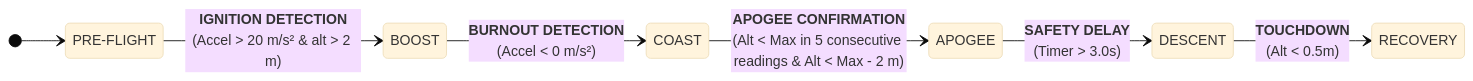
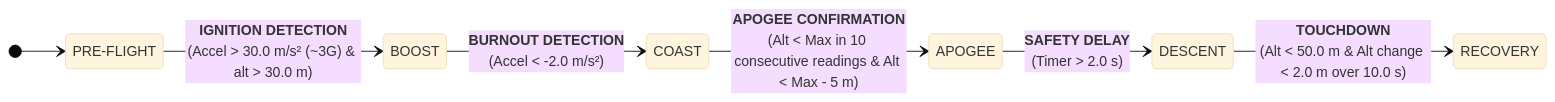
The diagram in docs/technical/Flight_Phases_and_Transition_Conditions.md (Volta-Rocketry/ELS-02), drawn with Mermaid (base theme) before and after one commit. The commit also changed other lines of this file, not shown here.

````diff
--- a/docs/technical/Flight_Phases_and_Transition_Conditions.md
+++ b/docs/technical/Flight_Phases_and_Transition_Conditions.md
@@ -51,23 +55,23 @@
 ```mermaid
     stateDiagram-v2
     direction LR
 
     state "PRE-FLIGHT" as S1
     state "BOOST" as S2
     state "COAST" as S3
     state "APOGEE" as S4
     state "DESCENT" as S5
     state "RECOVERY" as S6
 
     [*] --> S1
     
-    S1 --> S2: <strong>IGNITION DETECTION</strong><br/>(Accel > 20 m/s² & alt > 2 m)
+    S1 --> S2: <strong>IGNITION DETECTION</strong><br/>(Accel > 30.0 m/s² (~3G) & alt > 30.0 m)
     
-    S2 --> S3: <strong>BURNOUT DETECTION</strong><br/>(Accel < 0 m/s²)
+    S2 --> S3: <strong>BURNOUT DETECTION</strong><br/>(Accel < -2.0 m/s²)
     
-    S3 --> S4: <strong>APOGEE CONFIRMATION</strong><br/>(Alt < Max in 5 consecutive readings & Alt < Max - 2 m)
+    S3 --> S4: <strong>APOGEE CONFIRMATION</strong><br/>(Alt < Max in 10 consecutive readings & Alt < Max - 5 m)
     
-    S4 --> S5: <strong>SAFETY DELAY</strong><br/>(Timer > 3.0s)
+    S4 --> S5: <strong>SAFETY DELAY</strong><br/>(Timer > 2.0 s)
 
-    S5 --> S6: <strong>TOUCHDOWN</strong><br/>(Alt < 0.5m)
+    S5 --> S6: <strong>TOUCHDOWN</strong><br/>(Alt < 50.0 m & Alt change < 2.0 m over 10.0 s)
 ```
````
